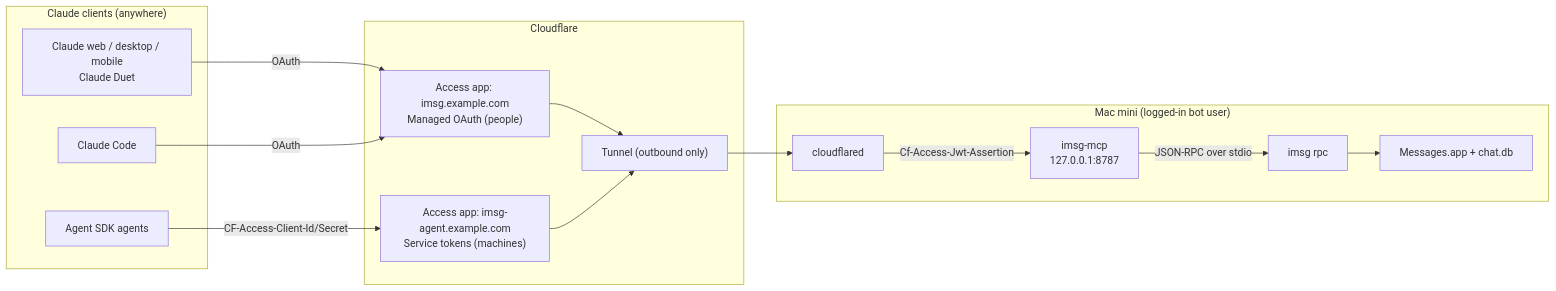
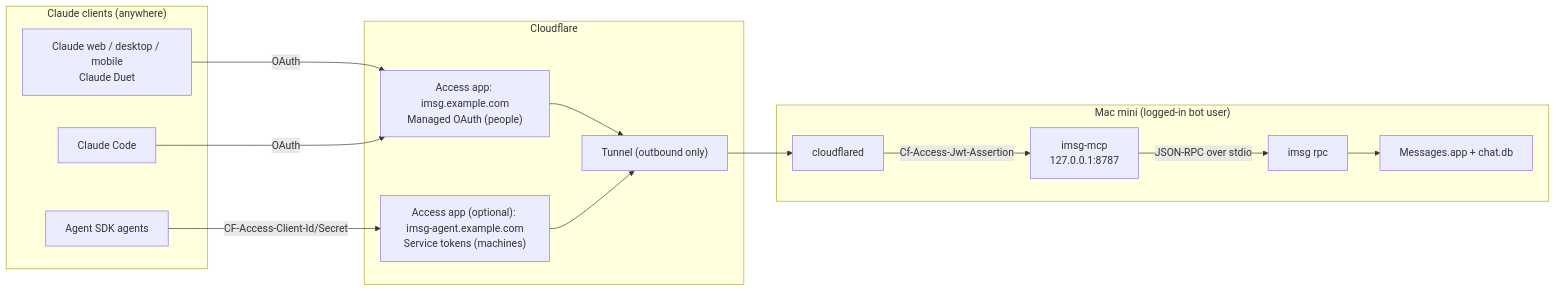
One commit to project-nomos/imsg-mcp changed the diagram in README.md. Above: the diagram before and after it, drawn with Mermaid. The commit also changed other lines of this file and 13 other files, not shown here.

````diff
--- a/README.md
+++ b/README.md
@@ -34,28 +34,28 @@
 ```mermaid
 flowchart LR
   subgraph Clients["Claude clients (anywhere)"]
     W["Claude web / desktop / mobile<br/>Claude Duet"]
     CC["Claude Code"]
     SDK["Agent SDK agents"]
   end
   subgraph CF["Cloudflare"]
     A1["Access app: imsg.example.com<br/>Managed OAuth (people)"]
-    A2["Access app: imsg-agent.example.com<br/>Service tokens (machines)"]
+    A2["Access app (optional): imsg-agent.example.com<br/>Service tokens (machines)"]
     T["Tunnel (outbound only)"]
   end
   subgraph Mac["Mac mini (logged-in bot user)"]
     CFD["cloudflared"]
     S["imsg-mcp<br/>127.0.0.1:8787"]
     I["imsg rpc"]
     M["Messages.app + chat.db"]
   end
   W -- OAuth --> A1
   CC -- OAuth --> A1
   SDK -- "CF-Access-Client-Id/Secret" --> A2
   A1 --> T
   A2 --> T
   T --> CFD
   CFD -- "Cf-Access-Jwt-Assertion" --> S
   S -- "JSON-RPC over stdio" --> I
   I --> M
 ```
````
